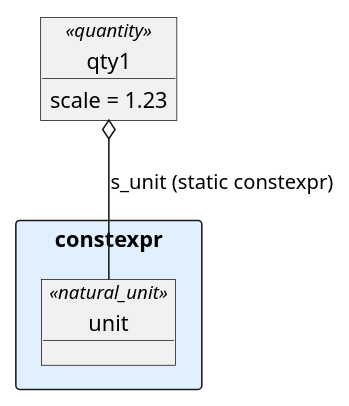
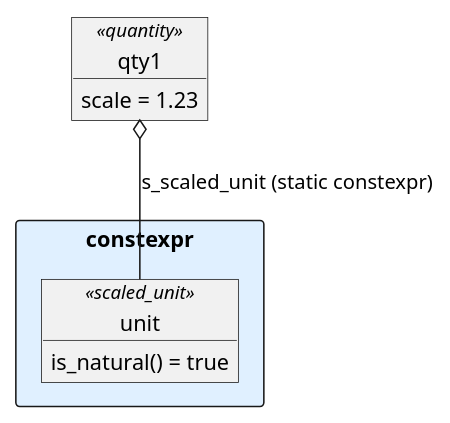
The diagram in docs/quantity-class.rst (Rconybea/xo-umbrella2), drawn with PlantUML before and after one commit. The commit also changed other lines of this file and 33 other files, not shown here.

```diff
--- a/docs/quantity-class.rst
+++ b/docs/quantity-class.rst
@@ -28,16 +34,17 @@
 .. uml::
     :scale: 99%
     :align: center
 
     allowmixing
 
     object qty1<<quantity>>
     qty1 : scale = 1.23
 
     rectangle constexpr #e0f0ff {
 
-    object unit<<natural_unit>>
+    object unit<<scaled_unit>>
+    unit : is_natural() = true
 
-    qty1 o-- unit : s_unit (static constexpr)
+    qty1 o-- unit : s_scaled_unit (static constexpr)
 
     }
```
